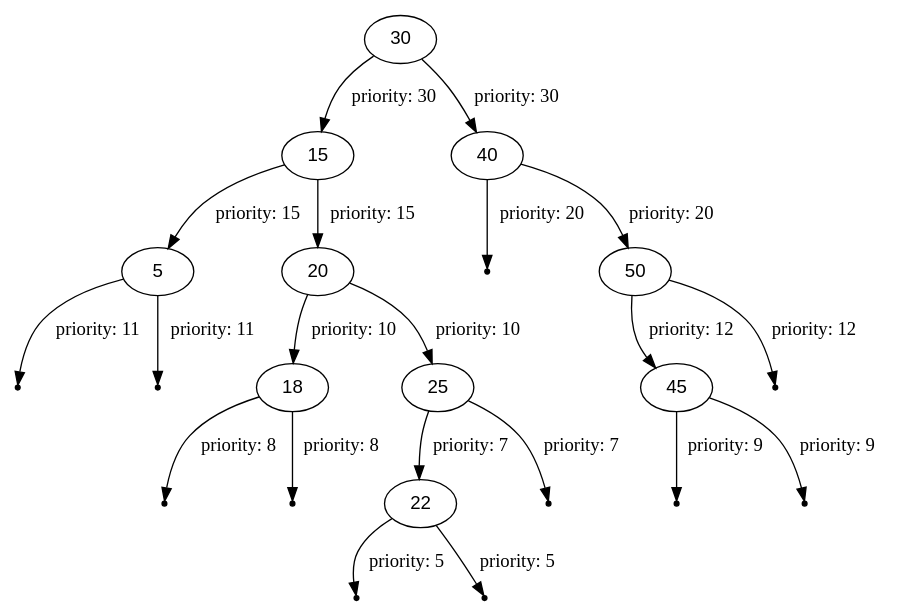
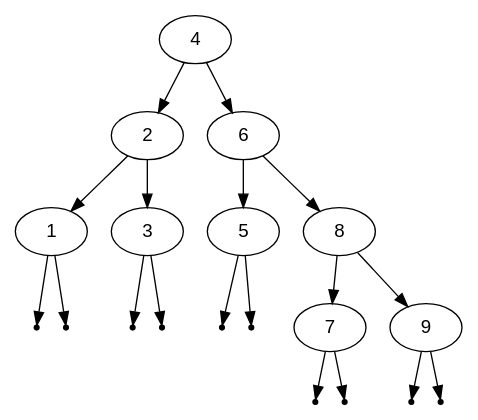
The diagram in visLib/out/dot/dump9.dot (NikitaEvs/trees), drawn with Graphviz before and after one commit. The commit also changed 220 other files, not shown here.

```diff
--- a/visLib/out/dot/dump9.dot
+++ b/visLib/out/dot/dump9.dot
@@ -1,34 +1,31 @@
 digraph BinarySearchTree {
     node [fontname = "Arial"];
-    30 -> 15 [label="priority: 30"];
-    15 -> 5 [label="priority: 15"];
+    4 -> 2;
+    2 -> 1;
     null0[shape=point];
-    5 -> null0 [label="priority: 11"];
+    1 -> null0;
     null1[shape=point];
-    5 -> null1 [label="priority: 11"];
-    15 -> 20 [label="priority: 15"];
-    20 -> 18 [label="priority: 10"];
+    1 -> null1;
+    2 -> 3;
     null2[shape=point];
-    18 -> null2 [label="priority: 8"];
+    3 -> null2;
     null3[shape=point];
-    18 -> null3 [label="priority: 8"];
-    20 -> 25 [label="priority: 10"];
-    25 -> 22 [label="priority: 7"];
+    3 -> null3;
+    4 -> 6;
+    6 -> 5;
     null4[shape=point];
-    22 -> null4 [label="priority: 5"];
+    5 -> null4;
     null5[shape=point];
-    22 -> null5 [label="priority: 5"];
+    5 -> null5;
+    6 -> 8;
+    8 -> 7;
     null6[shape=point];
-    25 -> null6 [label="priority: 7"];
-    30 -> 40 [label="priority: 30"];
+    7 -> null6;
     null7[shape=point];
-    40 -> null7 [label="priority: 20"];
-    40 -> 50 [label="priority: 20"];
-    50 -> 45 [label="priority: 12"];
+    7 -> null7;
+    8 -> 9;
     null8[shape=point];
-    45 -> null8 [label="priority: 9"];
+    9 -> null8;
     null9[shape=point];
-    45 -> null9 [label="priority: 9"];
-    null10[shape=point];
-    50 -> null10 [label="priority: 12"];
+    9 -> null9;
 }
```
